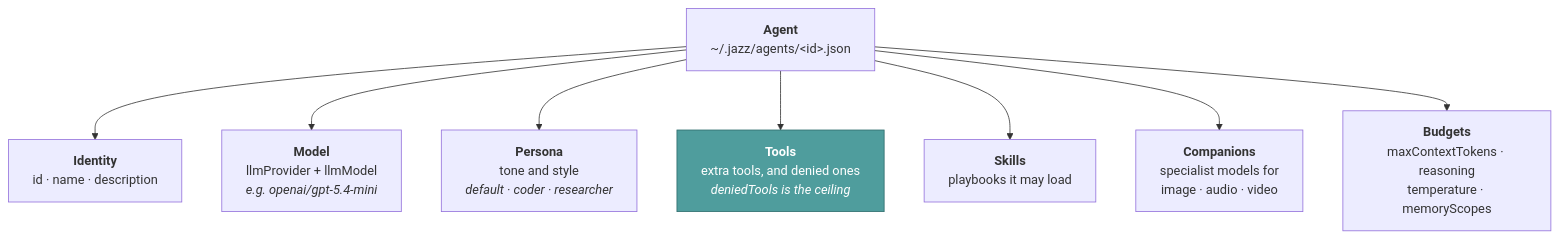
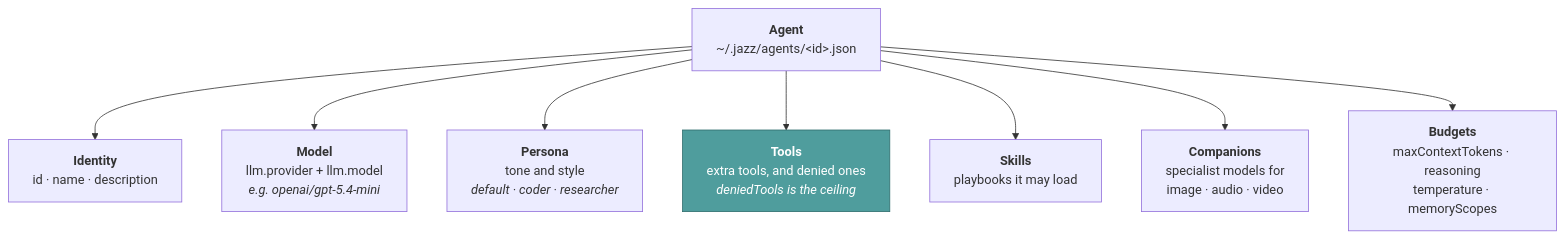
Before and after one commit to lvndry/jazz: the first of 2 diagrams in docs/concepts/agents.md, drawn with Mermaid. The commit also changed other lines of this file and 131 other files, not shown here.

First line of the commit message:
refactor(agent)!: nest model settings under config.llm (#736)

````diff
--- a/docs/concepts/agents.md
+++ b/docs/concepts/agents.md
@@ -25,15 +25,15 @@
 ```mermaid
 flowchart TB
     A["<b>Agent</b><br/>~/.jazz/agents/&lt;id&gt;.json"]
 
     A --> ID["<b>Identity</b><br/>id · name · description"]
-    A --> M["<b>Model</b><br/>llmProvider + llmModel<br/><i>e.g. openai/gpt-5.4-mini</i>"]
+    A --> M["<b>Model</b><br/>llm.provider + llm.model<br/><i>e.g. openai/gpt-5.4-mini</i>"]
     A --> P["<b>Persona</b><br/>tone and style<br/><i>default · coder · researcher</i>"]
     A --> T["<b>Tools</b><br/>extra tools, and denied ones<br/><i>deniedTools is the ceiling</i>"]
     A --> S["<b>Skills</b><br/>playbooks it may load"]
     A --> C["<b>Companions</b><br/>specialist models for<br/>image · audio · video"]
     A --> X["<b>Budgets</b><br/>maxContextTokens · reasoning<br/>temperature · memoryScopes"]
 
     classDef key fill:#4f9d9d,stroke:#2f6d6d,color:#ffffff
     class T key
 ```
````
